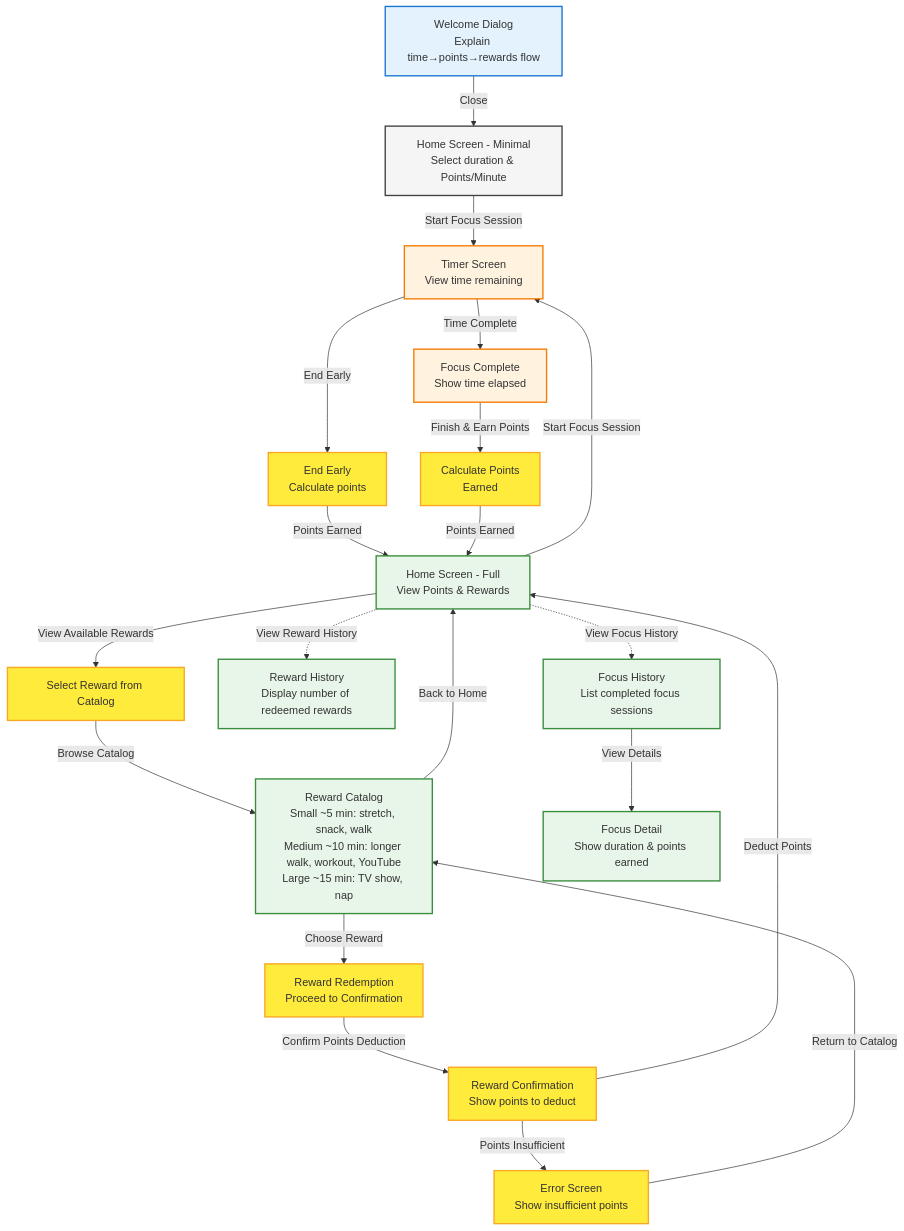
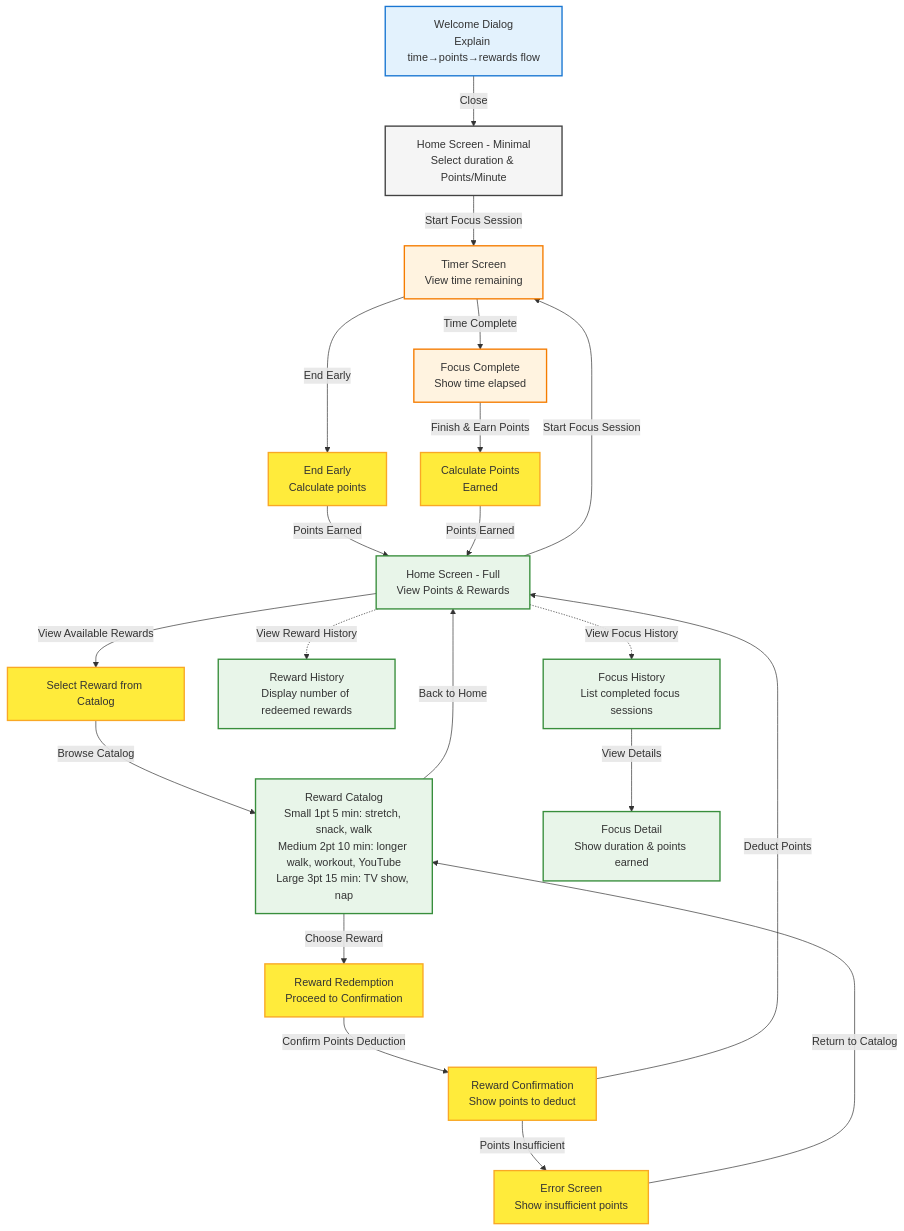
Before and after one commit to michellekli/PomoExchange: the diagram in design.md, drawn with Mermaid. The commit also changed other lines of this file, not shown here.

Commit message:
Add reward costs

````diff
--- a/design.md
+++ b/design.md
@@ -69,74 +74,74 @@
 ```mermaid
 flowchart TD
    %% Define styles
    classDef welcome fill:#e3f2fd,stroke:#1976d2,stroke-width:2px
    classDef homeMinimal fill:#f5f5f5,stroke:#424242,stroke-width:2px
    classDef timer fill:#fff3e0,stroke:#f57c00,stroke-width:2px
    classDef homeFull fill:#e8f5e9,stroke:#388e3c,stroke-width:2px
    classDef action fill:#ffeb3b,stroke:#f9a825,stroke-width:2px
 
    %% Welcome Dialog
    Welcome[Welcome Dialog<br/>Explain time→points→rewards flow]:::welcome
    Welcome -->|Close| HomeMinimal
 
    %% Home Screen - Minimal
    HomeMinimal[Home Screen - Minimal<br/>Select duration & Points/Minute]:::homeMinimal
    HomeMinimal -->|Start Focus Session| Timer
 
    %% Timer Screen
    Timer[Timer Screen<br/>View time remaining]:::timer
    Timer -->|End Early| EndEarly
    Timer -->|Time Complete| Complete
 
    %% End Early Path
    EndEarly[End Early<br/>Calculate points]:::action
    EndEarly -->|Points Earned| HomeFull
 
    %% Complete Path
    Complete[Focus Complete<br/>Show time elapsed]:::timer
    Complete -->|Finish & Earn Points| EarnPoints
 
    %% Earn Points Path
    EarnPoints[Calculate Points<br/>Earned]:::action
    EarnPoints -->|Points Earned| HomeFull
 
    %% Home Screen - Full
    HomeFull[Home Screen - Full<br/>View Points & Rewards]:::homeFull
    HomeFull -->|Start Focus Session| Timer
    HomeFull -->|View Available Rewards| RewardSelection
 
    %% Reward Selection Path
    RewardSelection[Select Reward from Catalog]:::action
    RewardSelection -->|Browse Catalog| RewardCatalog
 
    %% Reward Catalog
-   RewardCatalog[Reward Catalog<br/>Small ~5 min: stretch, snack, walk<br/>Medium ~10 min: longer walk, workout, YouTube<br/>Large ~15 min: TV show, nap]:::homeFull
+   RewardCatalog[Reward Catalog<br/>Small 1pt 5 min: stretch, snack, walk<br/>Medium 2pt 10 min: longer walk, workout, YouTube<br/>Large 3pt 15 min: TV show, nap]:::homeFull
    RewardCatalog -->|Choose Reward| RewardRedemption
    RewardCatalog -->|Back to Home| HomeFull
 
    %% Reward Redemption Path
    RewardRedemption[Reward Redemption<br/>Proceed to Confirmation]:::action
    RewardRedemption -->|Confirm Points Deduction| RewardConfirmation
 
    %% Reward Confirmation Path
    RewardConfirmation[Reward Confirmation<br/>Show points to deduct]:::action
    RewardConfirmation -->|Points Insufficient| ErrorScreen
    RewardConfirmation -->|Deduct Points| HomeFull
 
    %% Error Screen Path
    ErrorScreen[Error Screen<br/>Show insufficient points]:::action
    ErrorScreen -->|Return to Catalog| RewardCatalog
 
    %% Reward History
    HomeFull -.->|View Reward History| RewardHistory
    HomeFull -.->|View Focus History| FocusHistory
 
    %% Reward History
    RewardHistory[Reward History<br/>Display number of redeemed rewards]:::homeFull
 
    %% Focus History
    FocusHistory[Focus History<br/>List completed focus sessions]:::homeFull
    FocusHistory -->|View Details| FocusDetail
    FocusDetail[Focus Detail<br/>Show duration & points earned]:::homeFull
 
 ```
````
